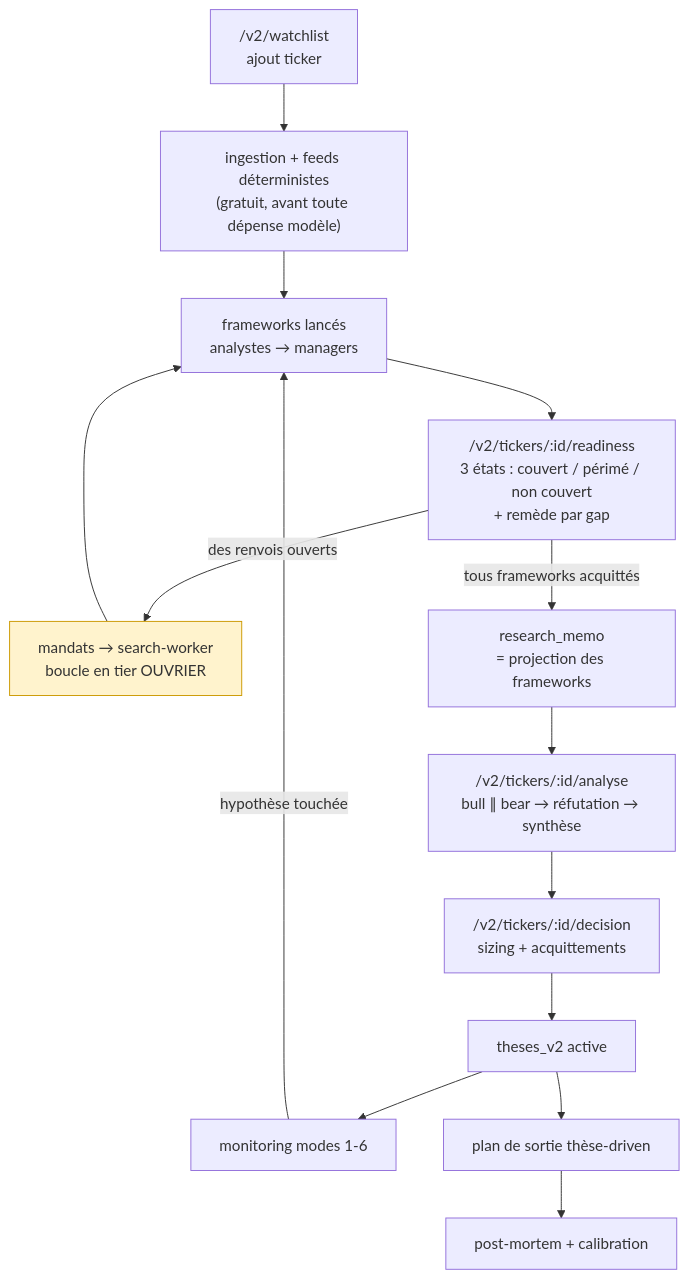
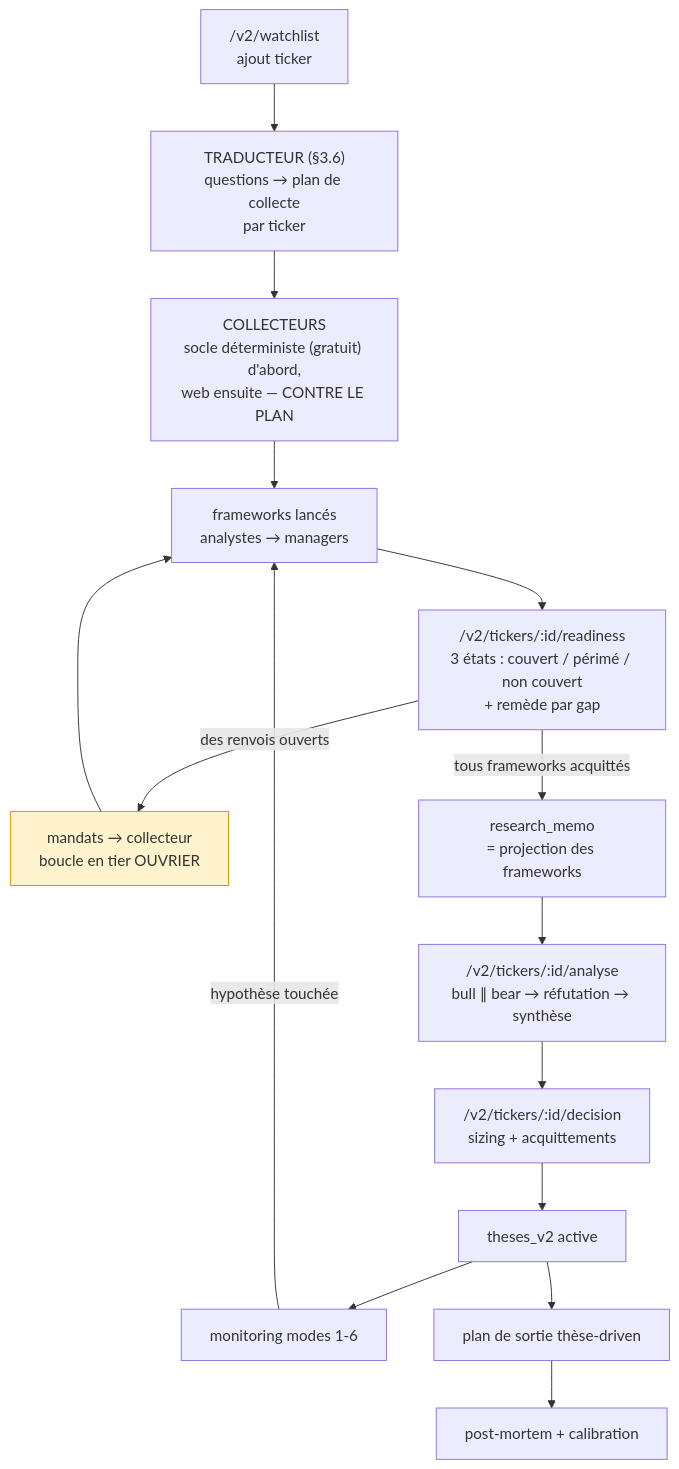
Diagram 15 of 15 in projects/portfolio-tracker/roadmap/03-spec-frameworks.md (jeanlangloismeurinne/ai-vps-projects), drawn with Mermaid before and after one commit. The commit also changed other lines of this file and 11 other files, not shown here.

````diff
--- a/projects/portfolio-tracker/roadmap/03-spec-frameworks.md
+++ b/projects/portfolio-tracker/roadmap/03-spec-frameworks.md
@@ -757,17 +1083,18 @@
 ```mermaid
 graph TD
-  W1["/v2/watchlist<br/>ajout ticker"] --> ON["ingestion + feeds déterministes<br/>(gratuit, avant toute dépense modèle)"]
+  W1["/v2/watchlist<br/>ajout ticker"] --> TRA["TRADUCTEUR (§3.6)<br/>questions → plan de collecte<br/>par ticker"]
+  TRA --> ON["COLLECTEURS<br/>socle déterministe (gratuit) d'abord,<br/>web ensuite — CONTRE LE PLAN"]
   ON --> FR["frameworks lancés<br/>analystes → managers"]
   FR --> RD["/v2/tickers/:id/readiness<br/>3 états : couvert / périmé / non couvert<br/>+ remède par gap"]
-  RD -->|"des renvois ouverts"| MDX["mandats → search-worker<br/>boucle en tier OUVRIER"]
+  RD -->|"des renvois ouverts"| MDX["mandats → collecteur<br/>boucle en tier OUVRIER"]
   MDX --> FR
   RD -->|"tous frameworks acquittés"| RM["research_memo<br/>= projection des frameworks"]
   RM --> AN["/v2/tickers/:id/analyse<br/>bull ∥ bear → réfutation → synthèse"]
   AN --> DEC["/v2/tickers/:id/decision<br/>sizing + acquittements"]
   DEC --> TH["theses_v2 active"]
   TH --> MON["monitoring modes 1-6"]
   MON -->|"hypothèse touchée"| FR
   TH --> EX["plan de sortie thèse-driven"]
   EX --> PM["post-mortem + calibration"]
   style MDX fill:#fff3cd,stroke:#c90
 ```
````
